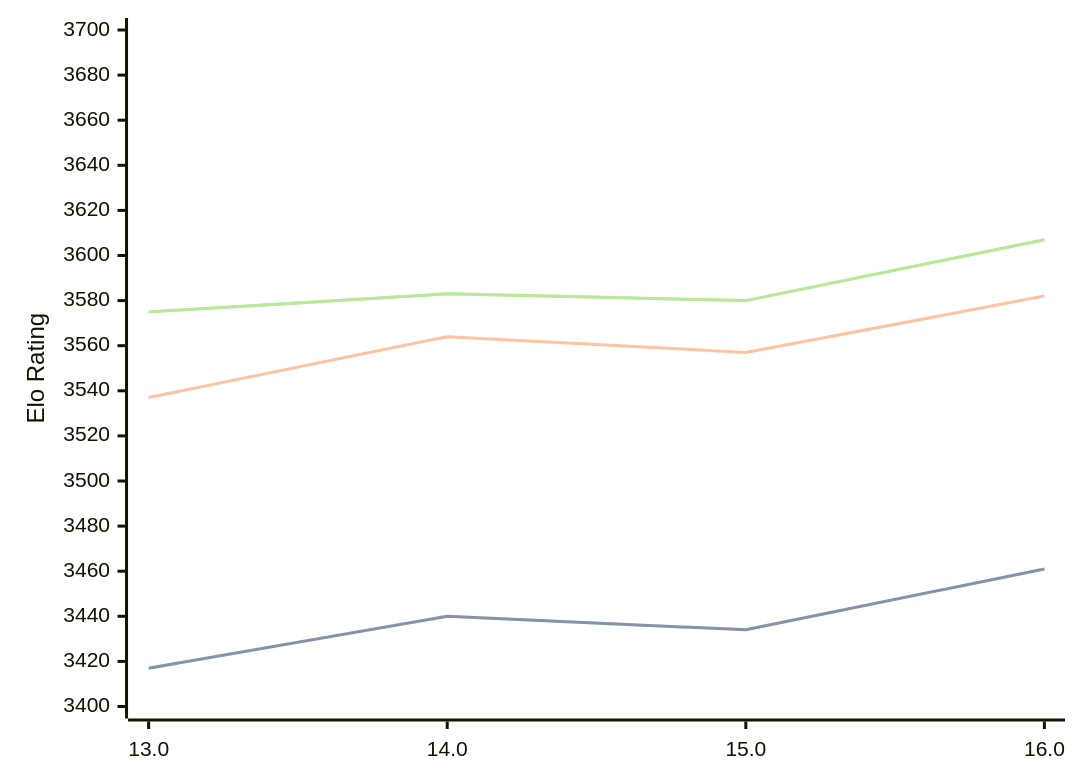
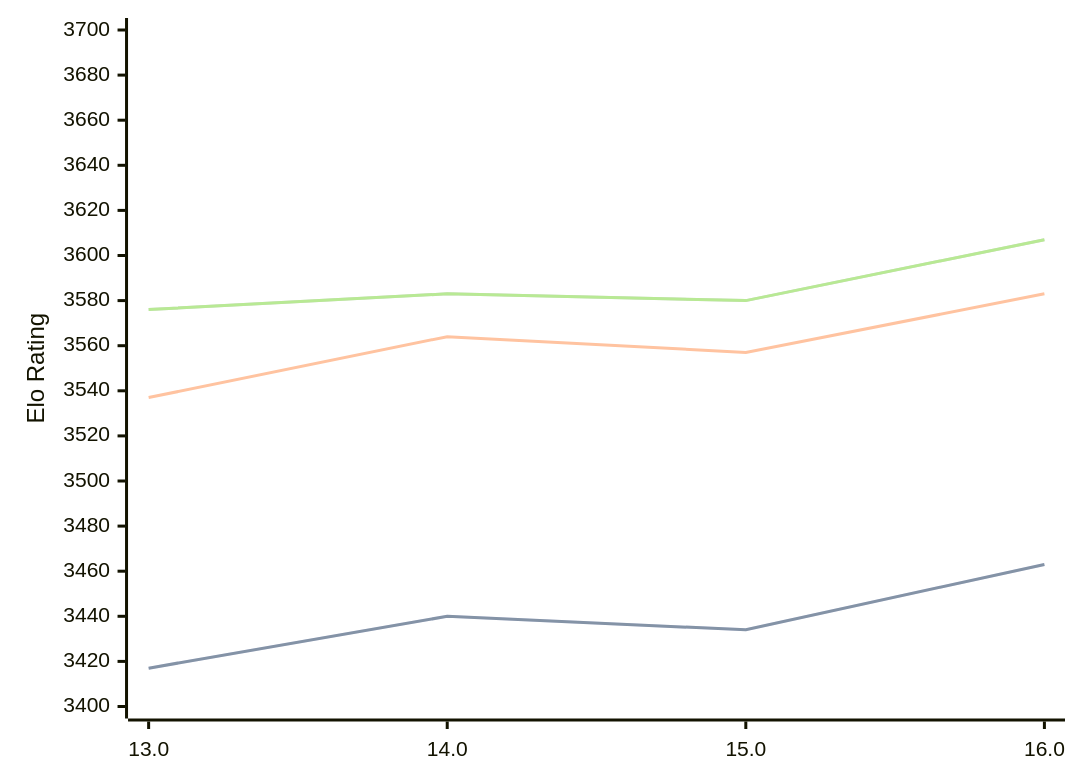
One commit to computer-chess-index/cci changed the diagram in engines/Obsidian.md. Above: the diagram before and after it, drawn with Mermaid. The commit also changed other lines of this file, not shown here.

Commit message:
Update CCI Ratings (ELO VLTC) - 2026-04-10

````diff
--- a/engines/Obsidian.md
+++ b/engines/Obsidian.md
@@ -43,11 +43,11 @@
 ```mermaid
 %%{init: {"theme":"base","themeVariables":{"seriesColors:['#a3a3a3','#222221','#faa371']}}}%%
 xychart-beta
   x-axis ["13.0", "14.0", "15.0", "16.0"]
   y-axis "Elo Rating" 3400 --> 3700
-  line "STC (8.0+0.08s)" [3417, 3440, 3434, 3461]
-  line "STC (8.0+0.08s)" [3417, 3440, 3434, 3461]
-  line "LTC (60.0+0.60s)" [3537, 3564, 3557, 3582]
-  line "VLTC (2m24s+1.12s)" [3575, 3583, 3580, 3607]
-  line "VLTC (2m24s+1.12s)" [3575, 3583, 3580, 3607]
+  line "STC (8.0+0.08s)" [3417, 3440, 3434, 3463]
+  line "STC (8.0+0.08s)" [3417, 3440, 3434, 3463]
+  line "LTC (60.0+0.60s)" [3537, 3564, 3557, 3583]
+  line "VLTC (2m24s+1.12s)" [3576, 3583, 3580, 3607]
+  line "VLTC (2m24s+1.12s)" [3576, 3583, 3580, 3607]
 ```
````
